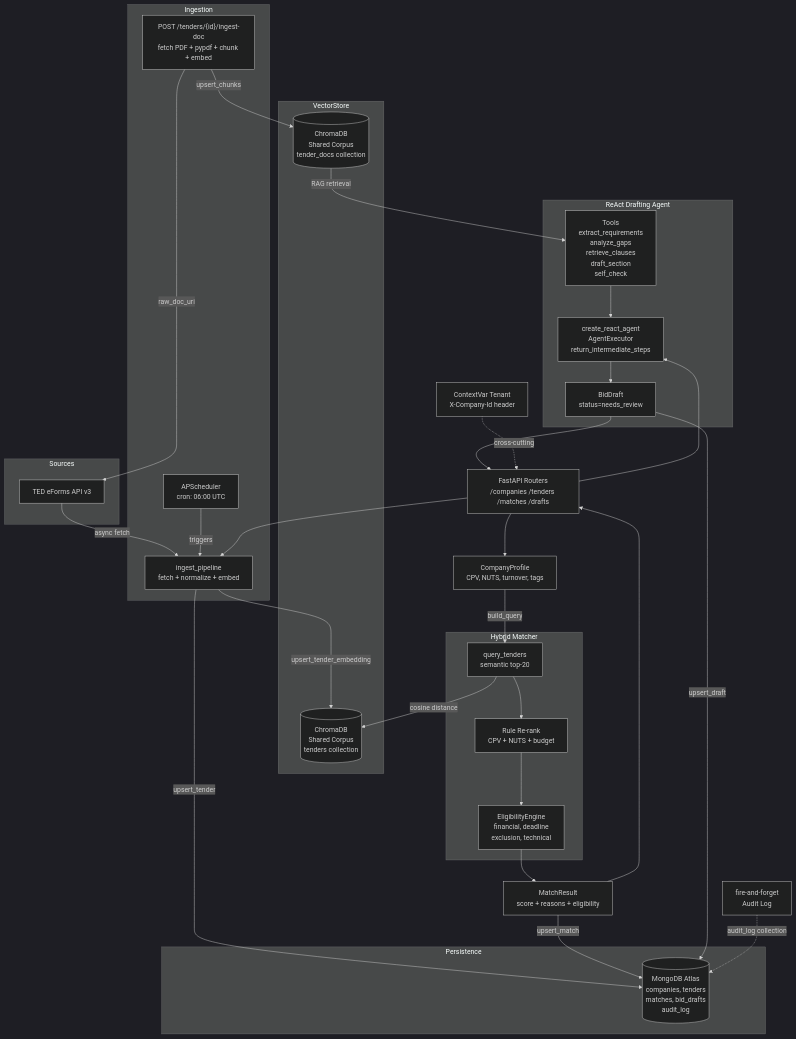
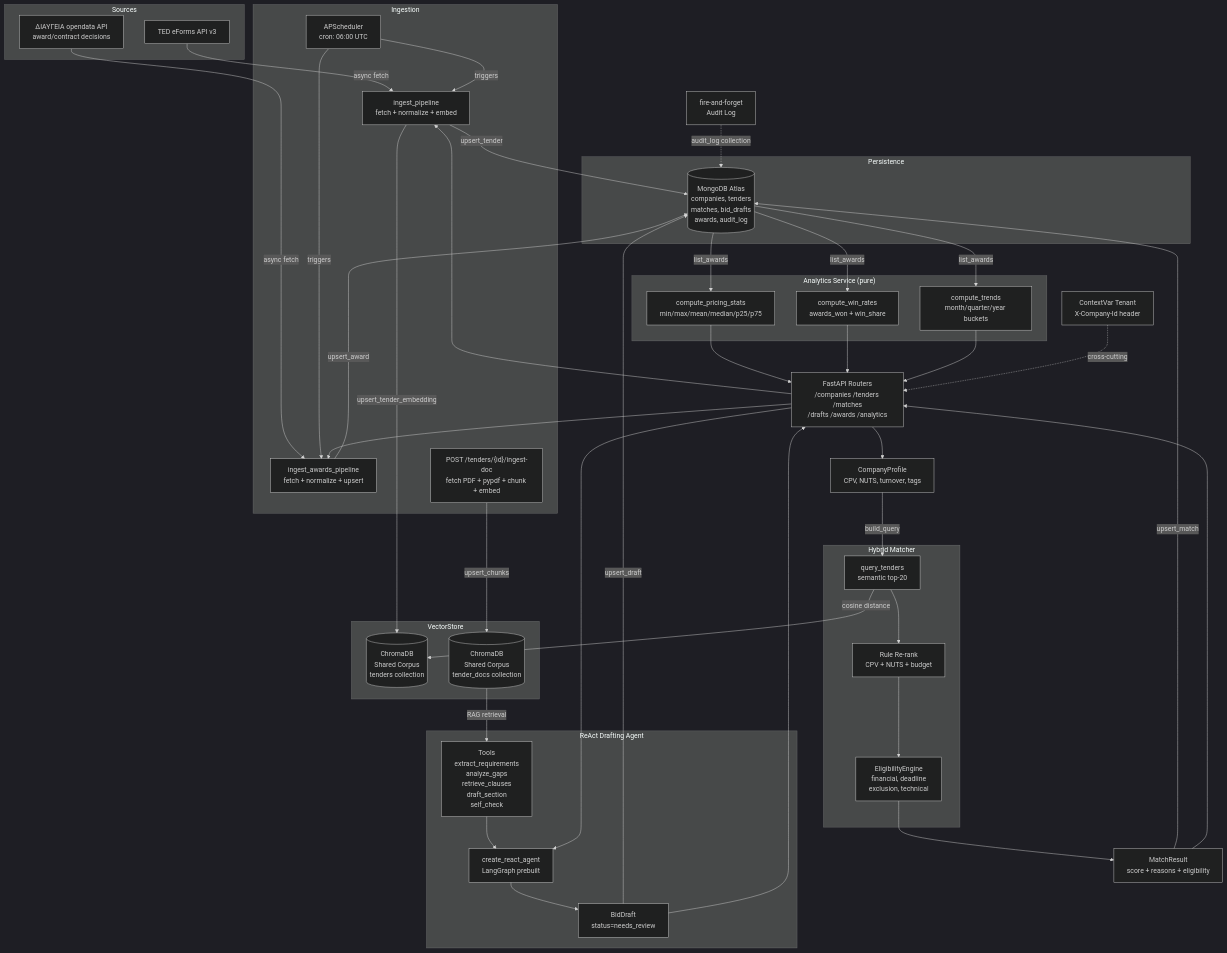
The diagram in README.md (GiorgosPanagopoulos/bidpilot), drawn with Mermaid (dark theme) before and after one commit. The commit also changed other lines of this file and 15 other files, not shown here.

Commit message:
📊 Phase 4: award analytics (ΔΙΑΥΓΕΙΑ ingestion, pricing stats, win rates, trends)

````diff
--- a/README.md
+++ b/README.md
@@ -71,62 +76,80 @@
 ```mermaid
 graph TD
     subgraph Sources
         TED["TED eForms API v3"]
+        DIAVGEIA["ΔΙΑΥΓΕΙΑ opendata API\naward/contract decisions"]
     end
 
     subgraph Ingestion
         SCHED["APScheduler\ncron: 06:00 UTC"]
         PIPE["ingest_pipeline\nfetch + normalize + embed"]
+        AWARDS_PIPE["ingest_awards_pipeline\nfetch + normalize + upsert"]
         DOCPIPE["POST /tenders/{id}/ingest-doc\nfetch PDF + pypdf + chunk + embed"]
     end
 
     subgraph VectorStore
         CHROMA[("ChromaDB\nShared Corpus\ntenders collection")]
         TDOCS[("ChromaDB\nShared Corpus\ntender_docs collection")]
     end
 
     subgraph HybridMatcher["Hybrid Matcher"]
         SEM["query_tenders\nsemantic top-20"]
         RERANK["Rule Re-rank\nCPV + NUTS + budget"]
         ELIG["EligibilityEngine\nfinancial, deadline\nexclusion, technical"]
     end
 
     subgraph DraftingAgent["ReAct Drafting Agent"]
         TOOLS["Tools\nextract_requirements\nanalyze_gaps\nretrieve_clauses\ndraft_section\nself_check"]
-        REACT["create_react_agent\nAgentExecutor\nreturn_intermediate_steps"]
+        REACT["create_react_agent\nLangGraph prebuilt"]
         DRAFT["BidDraft\nstatus=needs_review"]
     end
 
+    subgraph Analytics["Analytics Service (pure)"]
+        PRICING["compute_pricing_stats\nmin/max/mean/median/p25/p75"]
+        WINRATE["compute_win_rates\nawards_won + win_share"]
+        TRENDS["compute_trends\nmonth/quarter/year buckets"]
+    end
+
     subgraph Persistence
-        MONGO[("MongoDB Atlas\ncompanies, tenders\nmatches, bid_drafts\naudit_log")]
+        MONGO[("MongoDB Atlas\ncompanies, tenders\nmatches, bid_drafts\nawards, audit_log")]
     end
 
     TED -->|async fetch| PIPE
+    DIAVGEIA -->|async fetch| AWARDS_PIPE
     SCHED -->|triggers| PIPE
+    SCHED -->|triggers| AWARDS_PIPE
     PIPE -->|upsert_tender_embedding| CHROMA
     PIPE -->|upsert_tender| MONGO
+    AWARDS_PIPE -->|upsert_award| MONGO
 
     DOCPIPE -->|upsert_chunks| TDOCS
-    DOCPIPE -->|raw_doc_uri| TED
 
     PROFILE["CompanyProfile\nCPV, NUTS, turnover, tags"] -->|build_query| SEM
     SEM -->|cosine distance| CHROMA
     SEM --> RERANK
     RERANK --> ELIG
     ELIG --> RESULT["MatchResult\nscore + reasons + eligibility"]
     RESULT -->|upsert_match| MONGO
 
     TDOCS -->|RAG retrieval| TOOLS
     TOOLS --> REACT
     REACT --> DRAFT
     DRAFT -->|upsert_draft| MONGO
 
-    ROUTERS["FastAPI Routers\n/companies /tenders /matches /drafts"] --> PIPE
+    MONGO -->|list_awards| PRICING
+    MONGO -->|list_awards| WINRATE
+    MONGO -->|list_awards| TRENDS
+
+    ROUTERS["FastAPI Routers\n/companies /tenders /matches\n/drafts /awards /analytics"] --> PIPE
+    ROUTERS --> AWARDS_PIPE
     ROUTERS --> PROFILE
     ROUTERS --> REACT
     RESULT --> ROUTERS
     DRAFT --> ROUTERS
+    PRICING --> ROUTERS
+    WINRATE --> ROUTERS
+    TRENDS --> ROUTERS
 
     CTX["ContextVar Tenant\nX-Company-Id header"] -.->|cross-cutting| ROUTERS
     AUDIT["fire-and-forget\nAudit Log"] -.->|audit_log collection| MONGO
 ```
````
